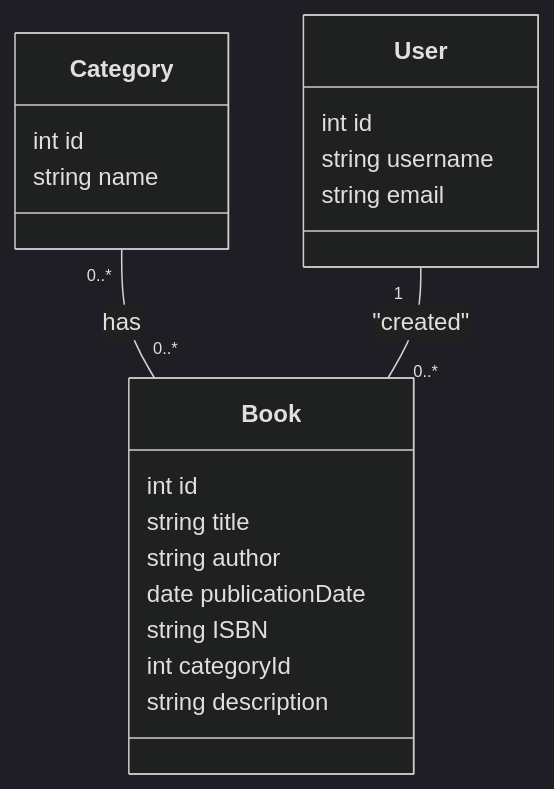
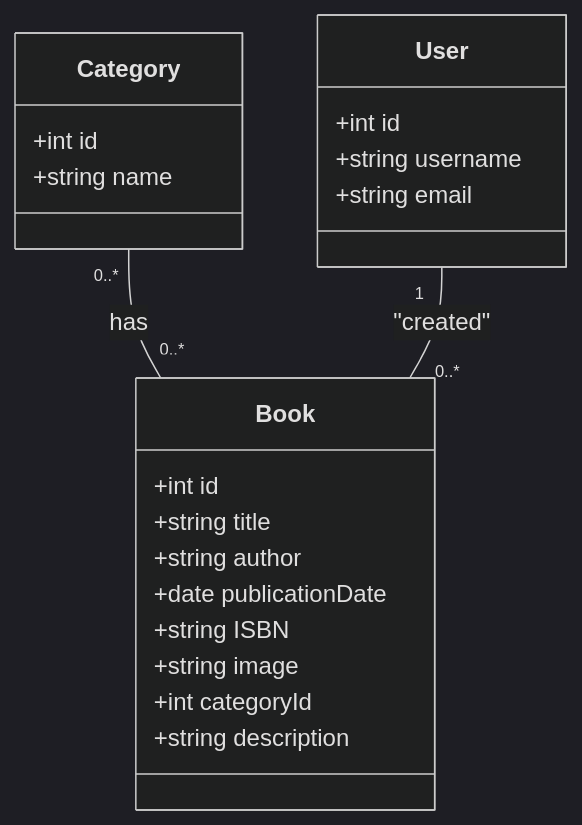
Before and after one commit to yasmineh-d/Reading_List: the diagram in conception/diagram_de_class.mmd, drawn with Mermaid (dark theme). The commit also changed 57 other files, not shown here.

```diff
--- a/conception/diagram_de_class.mmd
+++ b/conception/diagram_de_class.mmd
@@ -1,26 +1,27 @@
 classDiagram
     %% Classes principales
     class Book {
-        int id
-        string title
-        string author
-        date publicationDate
-        string ISBN
-        int categoryId
-        string description
+        +int id
+        +string title
+        +string author
+        +date publicationDate
+        +string ISBN
+        +string image
+        +int categoryId
+        +string description
     }
 
     class Category {
-        int id
-        string name
+        +int id
+        +string name
     }
 
     class User {
-        int id
-        string username
-        string email
+        +int id
+        +string username
+        +string email
     }
 
     %% Relations
     Category "0..*" -- "0..*" Book : has
     User "1" -- "0..*" Book : "created"
```
